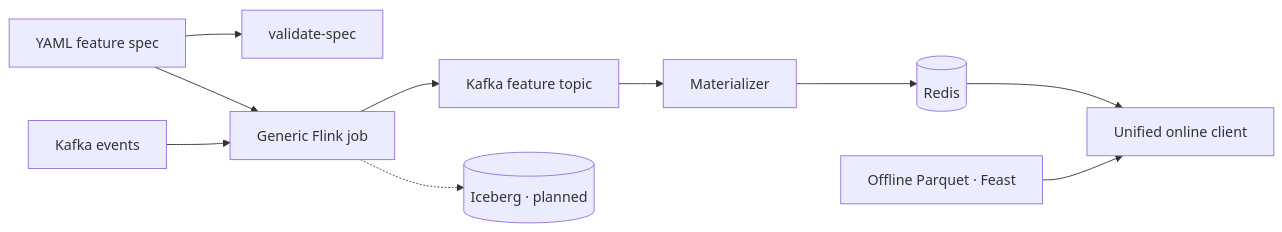
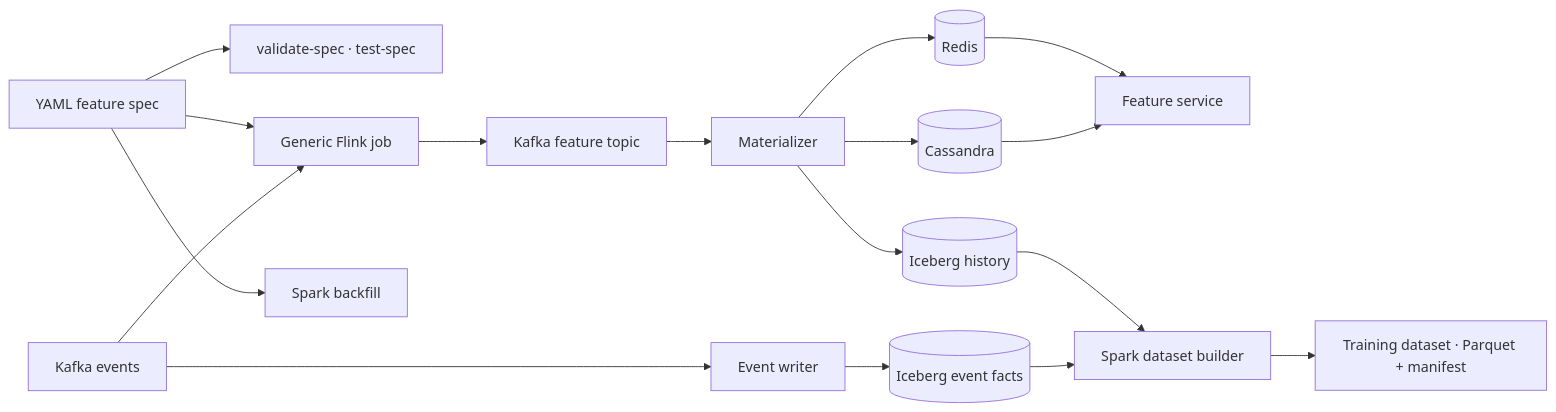
The diagram in README.md (oster-dev/oster-dev), drawn with Mermaid before and after one commit. The commit also changed other lines of this file, not shown here.

First line of the commit message:
update: README with Cassandra support and details

````diff
--- a/README.md
+++ b/README.md
@@ -94,12 +101,19 @@
 ```mermaid
 flowchart LR
-  S[YAML feature spec] --> V[validate-spec]
+  S[YAML feature spec] --> V[validate-spec · test-spec]
   S --> J[Generic Flink job]
+  S --> BF[Spark backfill]
   E[Kafka events] --> J
+  E --> W[Event writer]
   J --> F[Kafka feature topic]
   F --> M[Materializer]
   M --> R[(Redis)]
-  R --> C[Unified online client]
-  B[Offline Parquet · Feast] --> C
-  J -.-> I[(Iceberg · planned)]
+  M --> C[(Cassandra)]
+  M --> H[(Iceberg history)]
+  W --> EF[(Iceberg event facts)]
+  R --> SV[Feature service]
+  C --> SV
+  H --> D[Spark dataset builder]
+  EF --> D
+  D --> T[Training dataset · Parquet + manifest]
 ```
````
